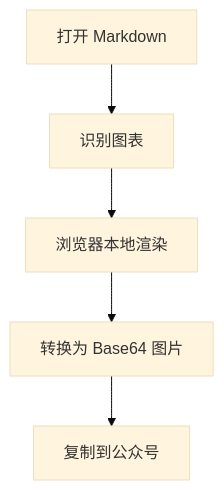
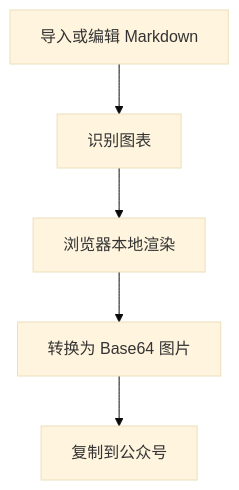
One commit to JeasonKim/moyu-typeset changed the diagram in demo.md. Above: the diagram before and after it, drawn with Mermaid (base theme). The commit also changed other lines of this file and 39 other files, not shown here.

````diff
--- a/demo.md
+++ b/demo.md
@@ -133,7 +134,7 @@
 ```mermaid
 flowchart TD
-  A[打开 Markdown] --> B[识别图表]
+  A[导入或编辑 Markdown] --> B[识别图表]
   B --> C[浏览器本地渲染]
   C --> D[转换为 Base64 图片]
   D --> E[复制到公众号]
 ```
````
